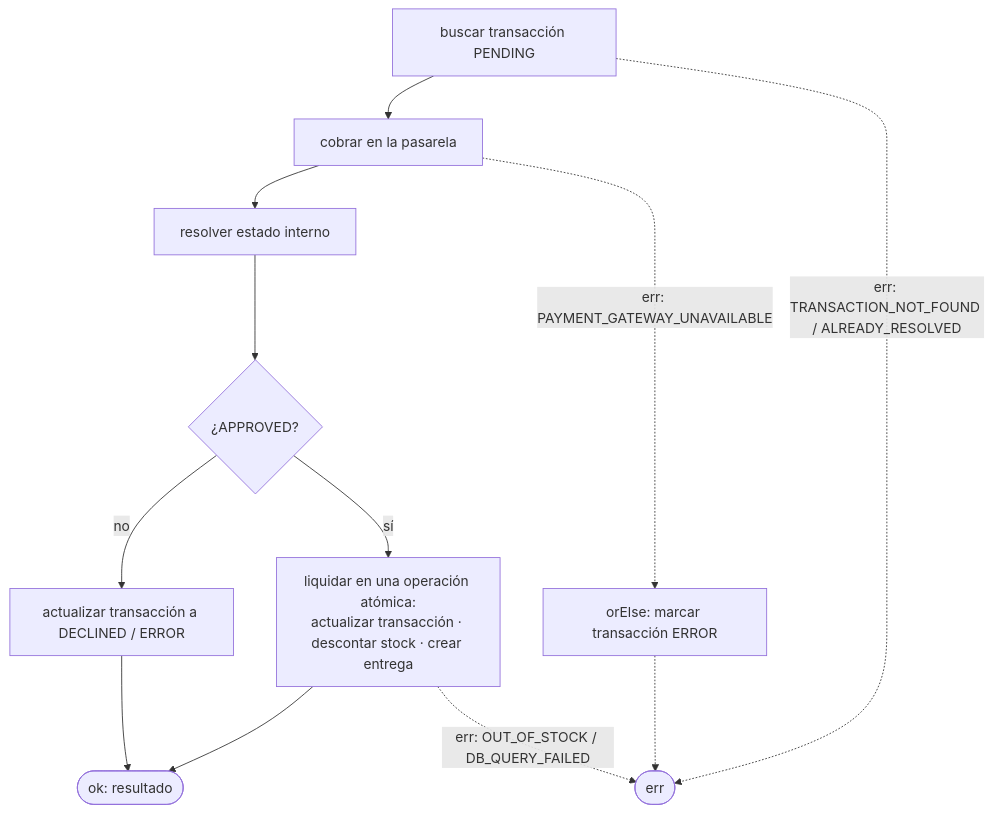
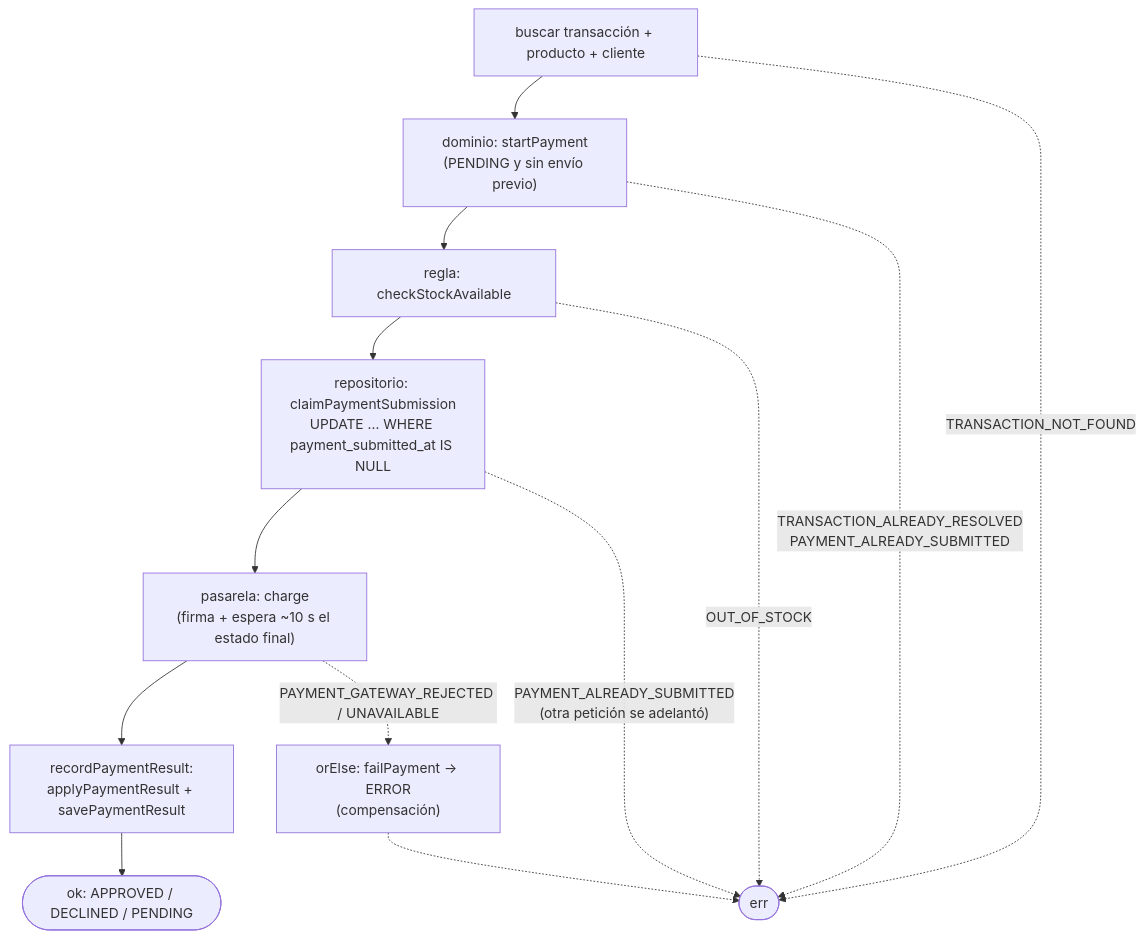
One commit to Manuelortegaj11/checkout-app changed the fifth of 5 diagrams in backend/docs/arquitectura/hexagonal-ddd-rop.md. Above: the diagram before and after it, drawn with Mermaid. The commit also changed other lines of this file and 1 other file, not shown here.

Commit message:
docs(backend): documentar el pago, la liquidación y la integración real con la pasarela

````diff
--- a/backend/docs/arquitectura/hexagonal-ddd-rop.md
+++ b/backend/docs/arquitectura/hexagonal-ddd-rop.md
@@ -658,13 +658,14 @@
 ```mermaid
 flowchart TD
-    A[buscar transacción PENDING] --> B[cobrar en la pasarela]
-    B --> C[resolver estado interno]
-    C --> D{¿APPROVED?}
-    D -- sí --> E["liquidar en una operación atómica:<br/>actualizar transacción · descontar stock · crear entrega"]
-    D -- no --> F[actualizar transacción a DECLINED / ERROR]
-    E --> OK([ok: resultado])
-    F --> OK
-    A -. "err: TRANSACTION_NOT_FOUND / ALREADY_RESOLVED" .-> KO([err])
-    B -. "err: PAYMENT_GATEWAY_UNAVAILABLE" .-> COMP[orElse: marcar transacción ERROR] -.-> KO
-    E -. "err: OUT_OF_STOCK / DB_QUERY_FAILED" .-> KO
+    A["buscar transacción + producto + cliente"] --> B["dominio: startPayment<br/>(PENDING y sin envío previo)"]
+    B --> C["regla: checkStockAvailable"]
+    C --> D["repositorio: claimPaymentSubmission<br/>UPDATE … WHERE payment_submitted_at IS NULL"]
+    D --> E["pasarela: charge<br/>(firma + espera ~10 s el estado final)"]
+    E --> F["recordPaymentResult:<br/>applyPaymentResult + savePaymentResult"]
+    F --> OK([ok: APPROVED / DECLINED / PENDING])
+    A -. "TRANSACTION_NOT_FOUND" .-> KO([err])
+    B -. "TRANSACTION_ALREADY_RESOLVED<br/>PAYMENT_ALREADY_SUBMITTED" .-> KO
+    C -. "OUT_OF_STOCK" .-> KO
+    D -. "PAYMENT_ALREADY_SUBMITTED<br/>(otra petición se adelantó)" .-> KO
+    E -. "PAYMENT_GATEWAY_REJECTED / UNAVAILABLE" .-> COMP["orElse: failPayment → ERROR<br/>(compensación)"] -.-> KO
 ```
````
